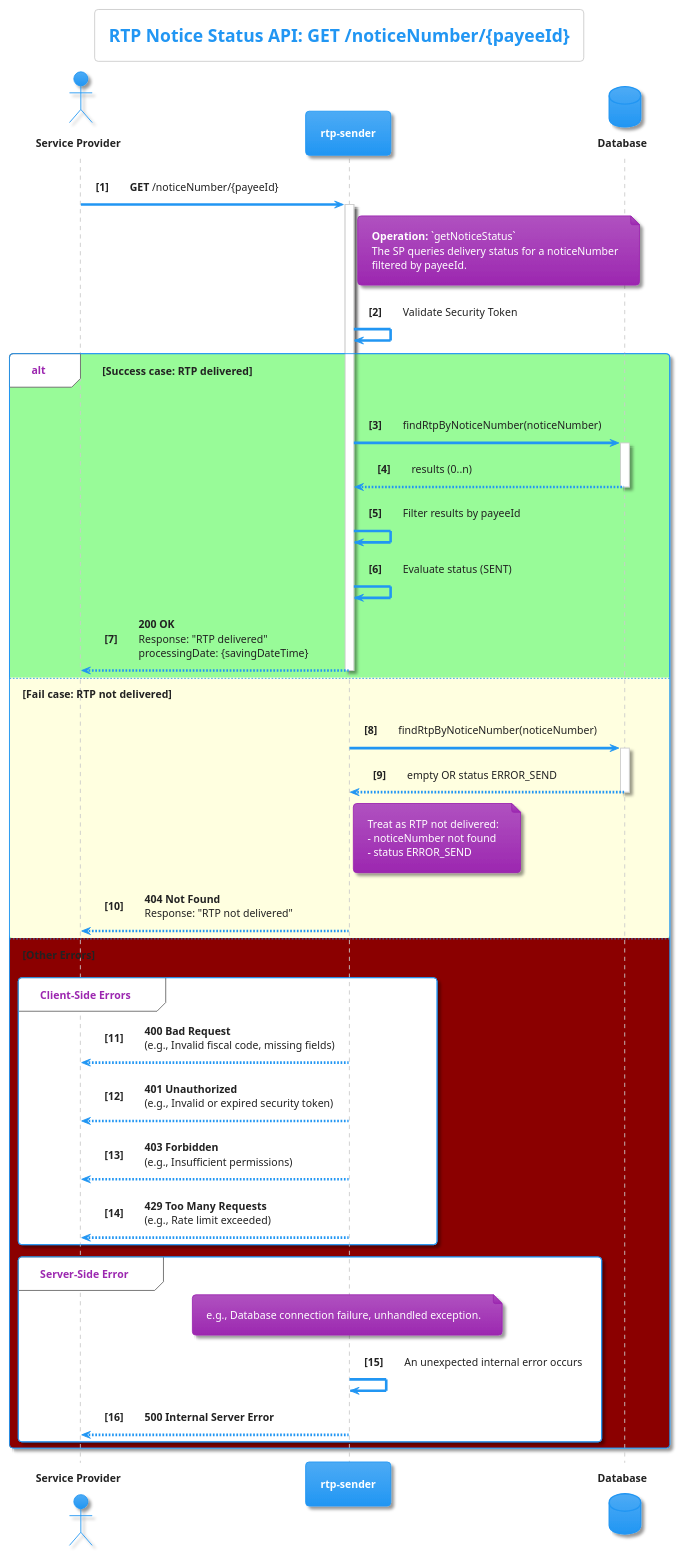
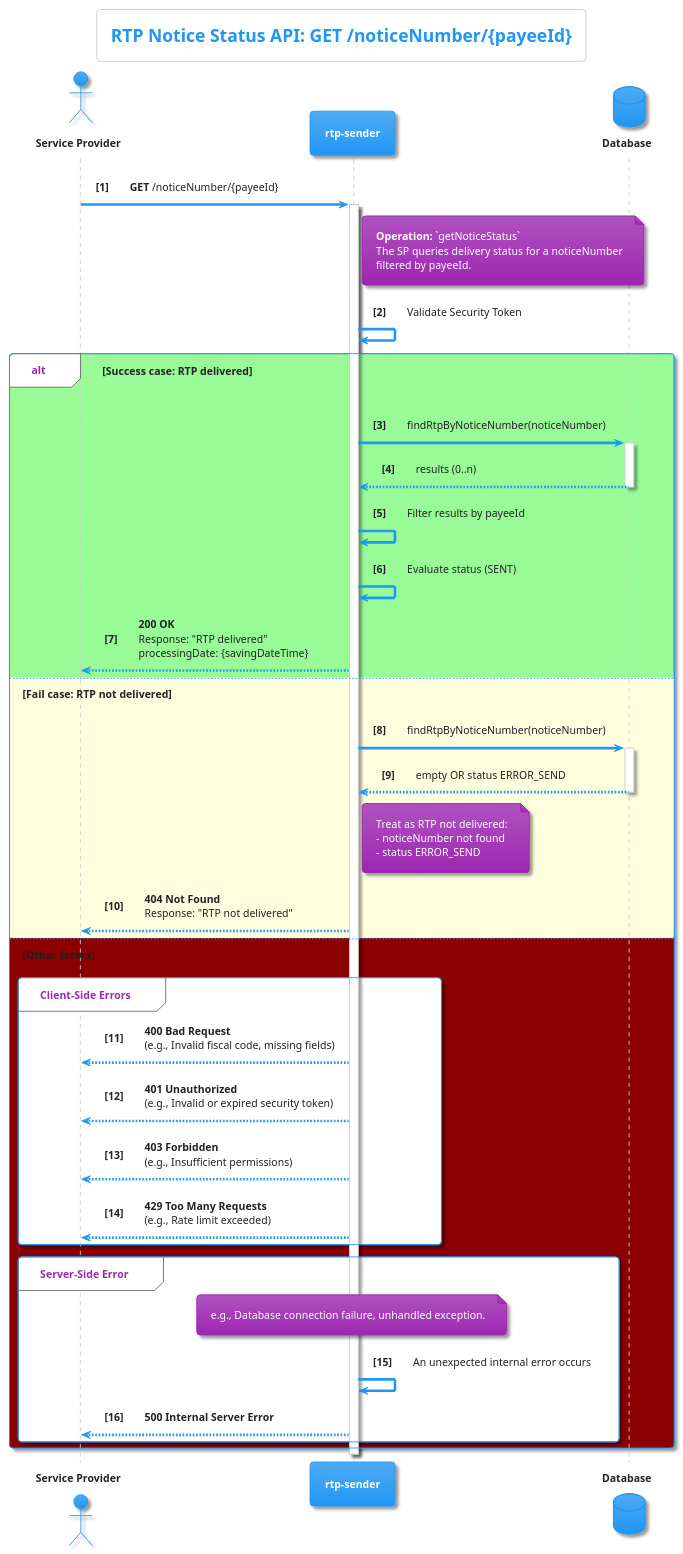
One commit to pagopa/rtp-docs changed the diagram in diagrams/rtp-notice-status.puml. Above: the diagram before and after it, drawn with PlantUML.

Commit message:
fix: [SRTP-1363] deactivate RS

```diff
--- a/diagrams/rtp-notice-status.puml
+++ b/diagrams/rtp-notice-status.puml
@@ -1,77 +1,75 @@
 @startuml
 ' PlantUML Diagram for RTP Notice Status API
 ' Title: RTP Notice Status Sequence Diagram
 ' Version: 1.0.0
 ' Description: GET /noticeNumber/{payeeId}
 '              Returns delivery status + RTP processing date (send date)
 
 !theme materia
 
 title RTP Notice Status API: GET /noticeNumber/{payeeId}
 
 actor "**Service Provider**" as SP
 participant "**rtp-sender**" as RS
 database "**Database**" as DB
 
 autonumber "<b>[0]"
 
 SP -> RS: **GET** /noticeNumber/{payeeId}
 activate RS
 
 note right of RS
   **Operation:** `getNoticeStatus`
   The SP queries delivery status for a noticeNumber
   filtered by payeeId.
 end note
 
 RS -> RS: Validate Security Token
 
 alt #palegreen **Success case: RTP delivered**
 
     RS -> DB: findRtpByNoticeNumber(noticeNumber)
     activate DB
     DB --> RS: results (0..n)
     deactivate DB
 
     RS -> RS: Filter results by payeeId
     RS -> RS: Evaluate status (SENT)
 
     RS --> SP: **200 OK**\nResponse: "RTP delivered"\nprocessingDate: {savingDateTime}
-    deactivate RS
 
 else #lightyellow **Fail case: RTP not delivered**
 
     RS -> DB: findRtpByNoticeNumber(noticeNumber)
     activate DB
     DB --> RS: empty OR status ERROR_SEND
     deactivate DB
 
     note right of RS
       Treat as RTP not delivered:
       - noticeNumber not found
       - status ERROR_SEND
     end note
 
     RS --> SP: **404 Not Found**\nResponse: "RTP not delivered"
-    deactivate RS
 
 else #darkred **Other Errors**
 
     group Client-Side Errors
         RS --> SP: **400 Bad Request**\n(e.g., Invalid fiscal code, missing fields)
         RS --> SP: **401 Unauthorized**\n(e.g., Invalid or expired security token)
         RS --> SP: **403 Forbidden**\n(e.g., Insufficient permissions)
         RS --> SP: **429 Too Many Requests**\n(e.g., Rate limit exceeded)
     end group
 
     group Server-Side Error
          note over RS: e.g., Database connection failure, unhandled exception.
          RS -> RS: An unexpected internal error occurs
          RS --> SP: **500 Internal Server Error**
     end group
 
-    deactivate RS
-
 end
 
+deactivate RS
+
 @enduml
```
